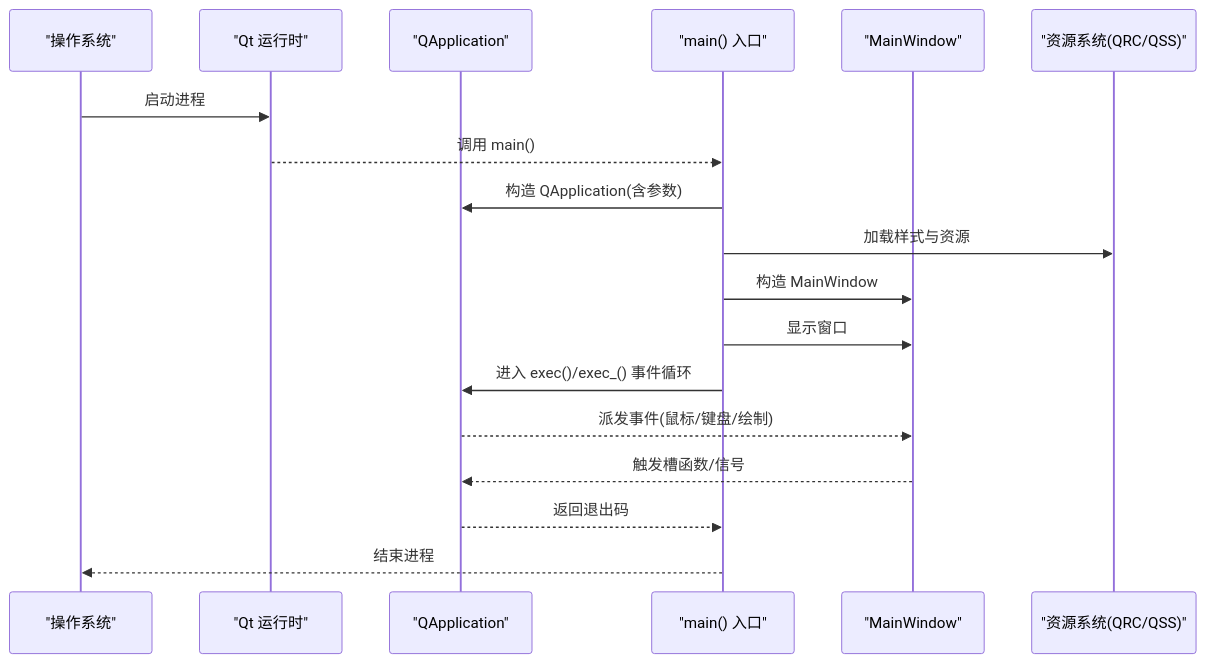
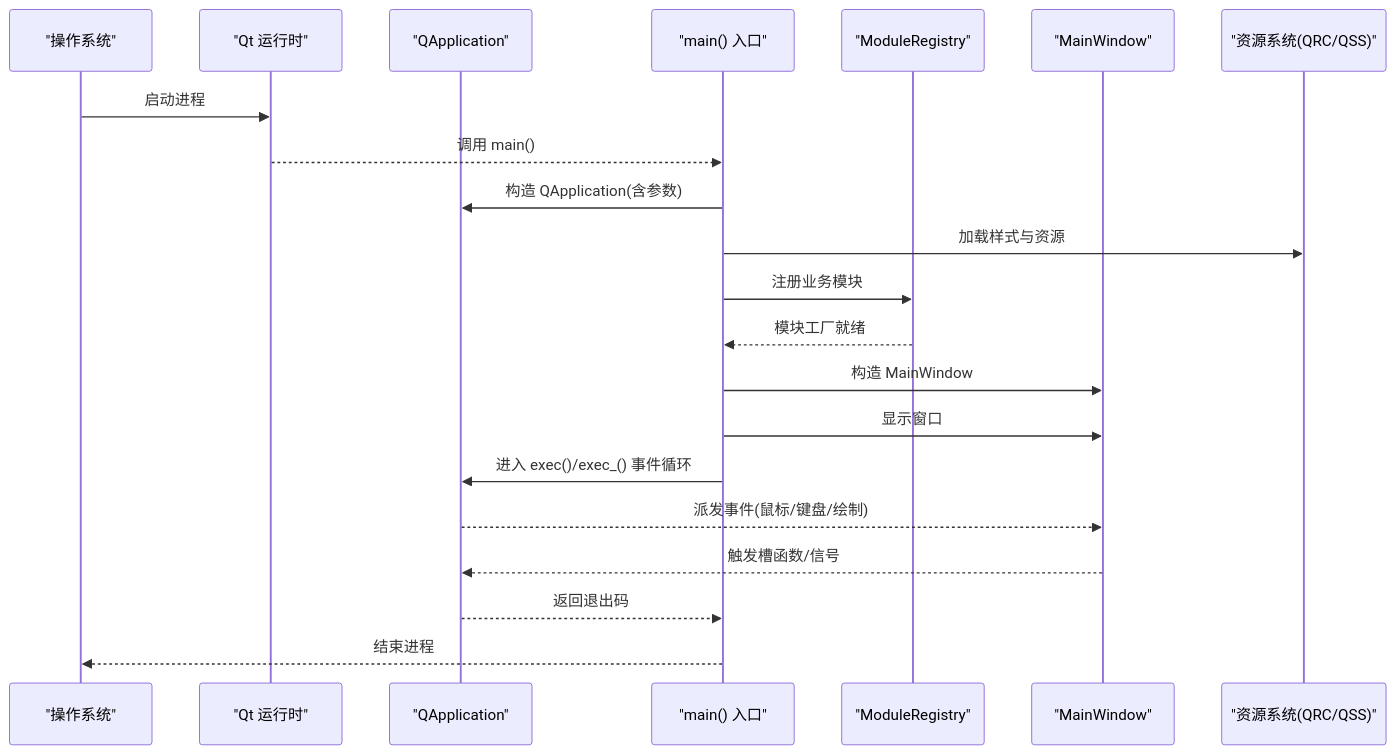
The second of 8 diagrams in .qoder/repowiki/zh/content/核心模块详解/应用程序入口.md (jakecai1225-design/OpenBus), drawn with Mermaid before and after one commit. The commit also changed other lines of this file and 58 other files, not shown here.

````diff
--- a/.qoder/repowiki/zh/content/核心模块详解/应用程序入口.md
+++ b/.qoder/repowiki/zh/content/核心模块详解/应用程序入口.md
@@ -90,20 +98,23 @@
 ```mermaid
 sequenceDiagram
 participant OS as "操作系统"
 participant Qt as "Qt 运行时"
 participant App as "QApplication"
 participant Main as "main() 入口"
+participant ModReg as "ModuleRegistry"
 participant Win as "MainWindow"
 participant Res as "资源系统(QRC/QSS)"
 OS->>Qt : 启动进程
 Qt-->>Main : 调用 main()
 Main->>App : 构造 QApplication(含参数)
 Main->>Res : 加载样式与资源
+Main->>ModReg : 注册业务模块
+ModReg-->>Main : 模块工厂就绪
 Main->>Win : 构造 MainWindow
 Main->>Win : 显示窗口
 Main->>App : 进入 exec()/exec_() 事件循环
 App-->>Win : 派发事件(鼠标/键盘/绘制)
 Win-->>App : 触发槽函数/信号
 App-->>Main : 返回退出码
 Main-->>OS : 结束进程
 ```
````
